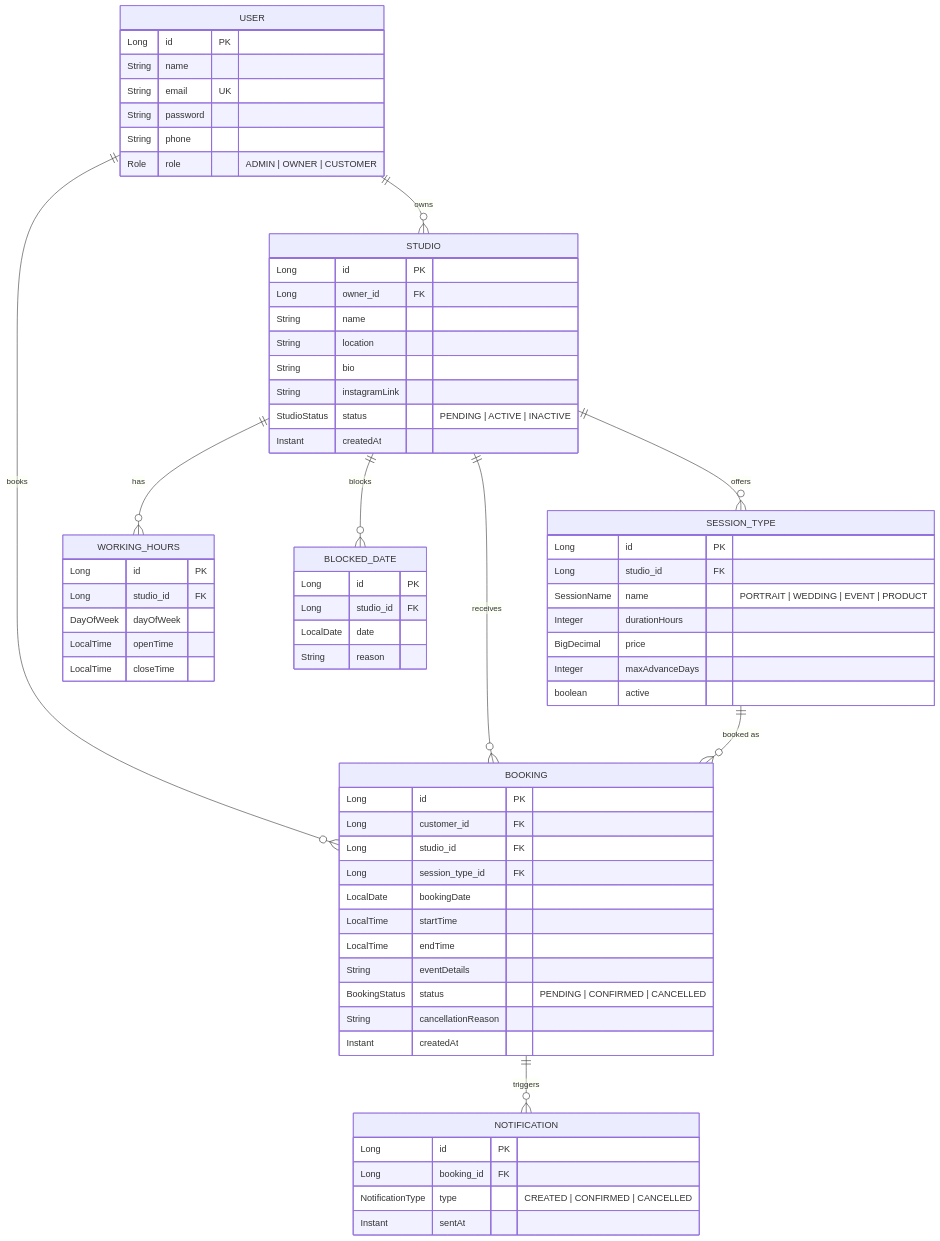
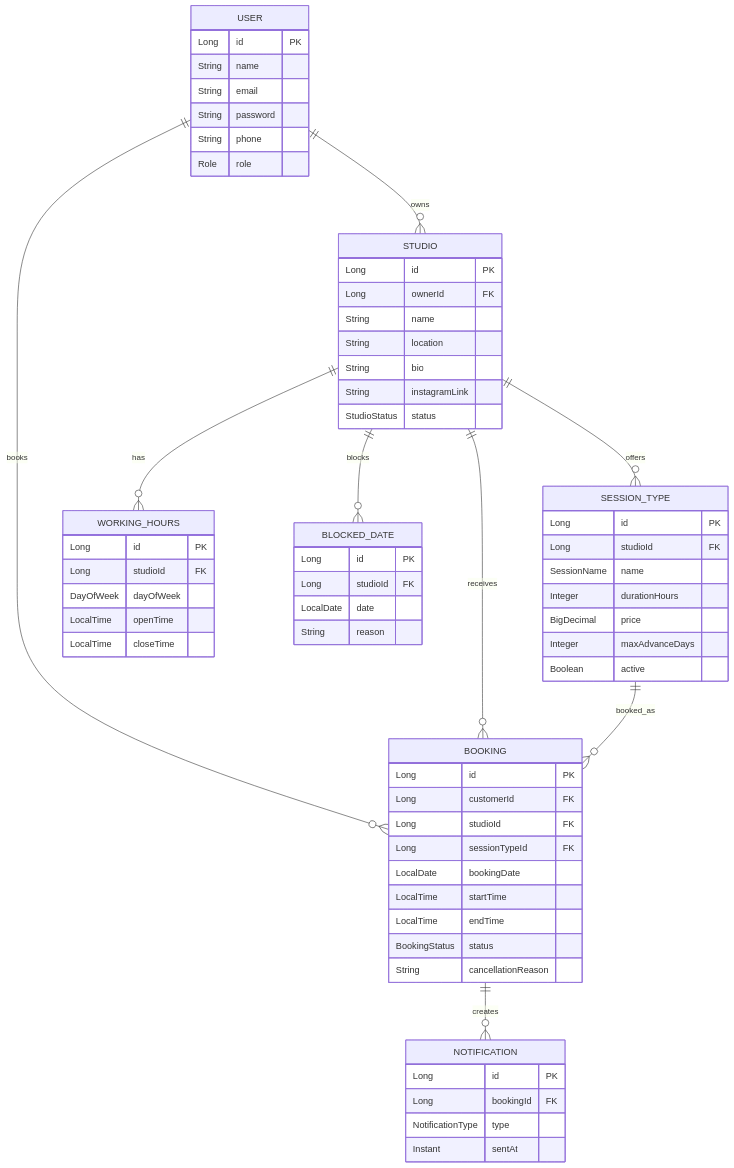
The diagram in README.md (i-saravanan/frameslot), drawn with Mermaid before and after one commit. The commit also changed other lines of this file, not shown here.

````diff
--- a/README.md
+++ b/README.md
@@ -145,77 +293,78 @@
 ```mermaid
 erDiagram
-    USER ||--o{ STUDIO : owns
-    USER ||--o{ BOOKING : books
-    STUDIO ||--o{ SESSION_TYPE : offers
-    STUDIO ||--o{ WORKING_HOURS : has
-    STUDIO ||--o{ BLOCKED_DATE : blocks
-    STUDIO ||--o{ BOOKING : receives
-    SESSION_TYPE ||--o{ BOOKING : "booked as"
-    BOOKING ||--o{ NOTIFICATION : triggers
 
-    USER {
-        Long id PK
-        String name
-        String email UK
-        String password
-        String phone
-        Role role "ADMIN | OWNER | CUSTOMER"
-    }
+USER ||--o{ STUDIO : owns
+USER ||--o{ BOOKING : books
 
-    STUDIO {
-        Long id PK
-        Long owner_id FK
-        String name
-        String location
-        String bio
-        String instagramLink
-        StudioStatus status "PENDING | ACTIVE | INACTIVE"
-        Instant createdAt
-    }
+STUDIO ||--o{ SESSION_TYPE : offers
+STUDIO ||--o{ WORKING_HOURS : has
+STUDIO ||--o{ BLOCKED_DATE : blocks
+STUDIO ||--o{ BOOKING : receives
 
-    SESSION_TYPE {
-        Long id PK
-        Long studio_id FK
-        SessionName name "PORTRAIT | WEDDING | EVENT | PRODUCT"
-        Integer durationHours
-        BigDecimal price
-        Integer maxAdvanceDays
-        boolean active
-    }
+SESSION_TYPE ||--o{ BOOKING : booked_as
 
-    WORKING_HOURS {
-        Long id PK
-        Long studio_id FK
-        DayOfWeek dayOfWeek
-        LocalTime openTime
-        LocalTime closeTime
-    }
+BOOKING ||--o{ NOTIFICATION : creates
 
-    BLOCKED_DATE {
-        Long id PK
-        Long studio_id FK
-        LocalDate date
-        String reason
-    }
+USER {
+Long id PK
+String name
+String email
+String password
+String phone
+Role role
+}
 
-    BOOKING {
-        Long id PK
-        Long customer_id FK
-        Long studio_id FK
-        Long session_type_id FK
-        LocalDate bookingDate
-        LocalTime startTime
-        LocalTime endTime
-        String eventDetails
-        BookingStatus status "PENDING | CONFIRMED | CANCELLED"
-        String cancellationReason
-        Instant createdAt
-    }
+STUDIO {
+Long id PK
+Long ownerId FK
+String name
+String location
+String bio
+String instagramLink
+StudioStatus status
+}
 
-    NOTIFICATION {
-        Long id PK
-        Long booking_id FK
-        NotificationType type "CREATED | CONFIRMED | CANCELLED"
-        Instant sentAt
-    }
+SESSION_TYPE {
+Long id PK
+Long studioId FK
+SessionName name
+Integer durationHours
+BigDecimal price
+Integer maxAdvanceDays
+Boolean active
+}
+
+WORKING_HOURS {
+Long id PK
+Long studioId FK
+DayOfWeek dayOfWeek
+LocalTime openTime
+LocalTime closeTime
+}
+
+BLOCKED_DATE {
+Long id PK
+Long studioId FK
+LocalDate date
+String reason
+}
+
+BOOKING {
+Long id PK
+Long customerId FK
+Long studioId FK
+Long sessionTypeId FK
+LocalDate bookingDate
+LocalTime startTime
+LocalTime endTime
+BookingStatus status
+String cancellationReason
+}
+
+NOTIFICATION {
+Long id PK
+Long bookingId FK
+NotificationType type
+Instant sentAt
+}
 ```
````
